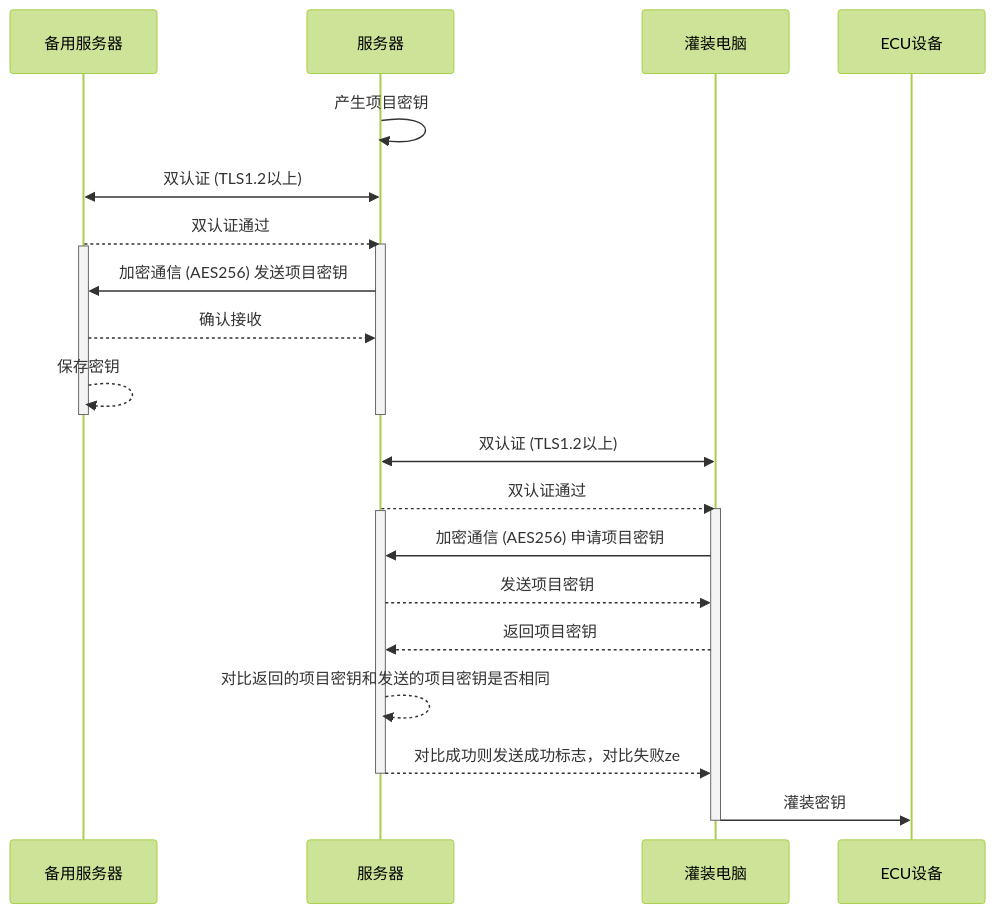
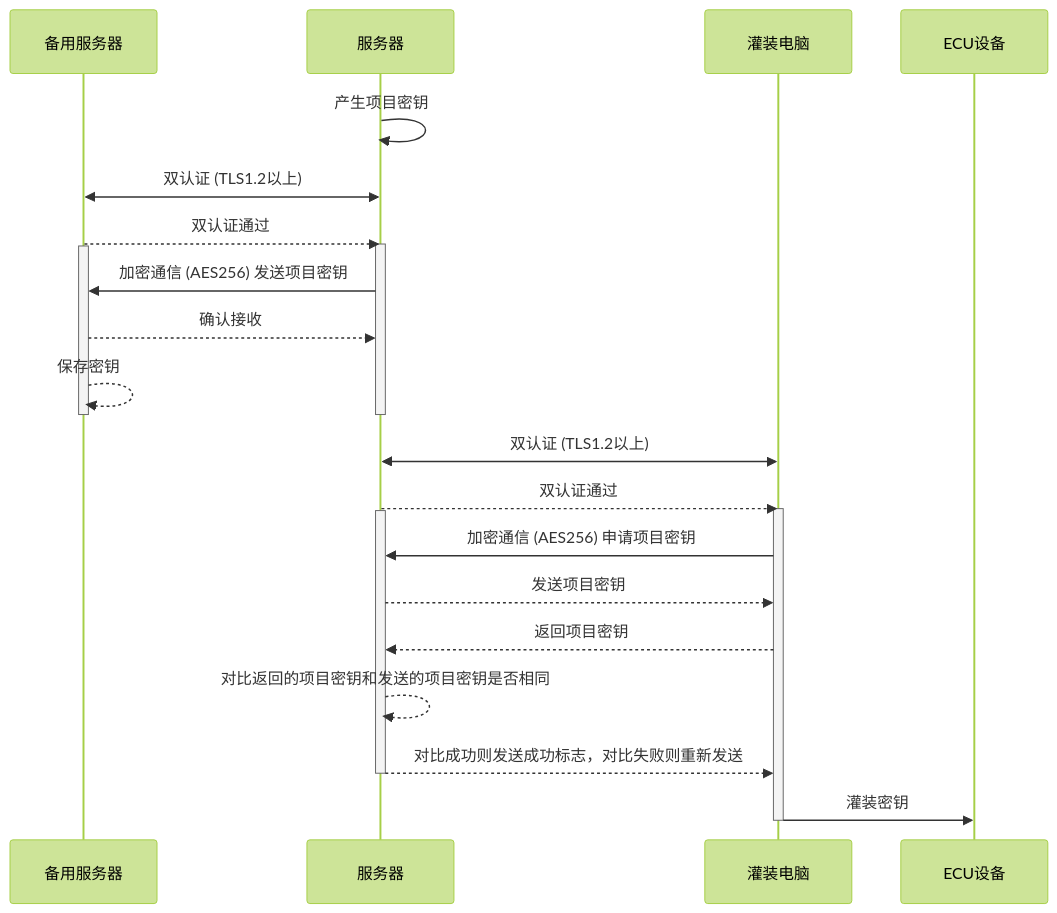
The diagram in all/未命名-10.md (facebook-cloud/iodraw-files), drawn with Mermaid (forest theme) before and after one commit.

Commit message:
2026-01-15 11:02:21 update

````diff
--- a/all/未命名-10.md
+++ b/all/未命名-10.md
@@ -1,32 +1,32 @@
 ```mermaid
 sequenceDiagram
     participant B as 备用服务器
     participant A as 服务器
     participant C as 灌装电脑
     participant D as ECU设备
 
     A->>A: 产生项目密钥
     A<<->>B: 双认证 (TLS1.2以上)
     B-->>A: 双认证通过
     activate A
     activate B
     A->>B: 加密通信 (AES256) 发送项目密钥
     B-->>A: 确认接收
     B-->>B: 保存密钥
     deactivate B
     deactivate A
 
     C<<->>A: 双认证 (TLS1.2以上)
     A-->>C: 双认证通过
     activate C
     activate A
     C->>A: 加密通信 (AES256) 申请项目密钥
     A-->>C: 发送项目密钥
     C-->>A: 返回项目密钥
     A-->>A: 对比返回的项目密钥和发送的项目密钥是否相同
-    A-->>C: 对比成功则发送成功标志，对比失败ze
+    A-->>C: 对比成功则发送成功标志，对比失败则重新发送
     deactivate A
     C->>D: 灌装密钥
     deactivate C
 
 ```
````
